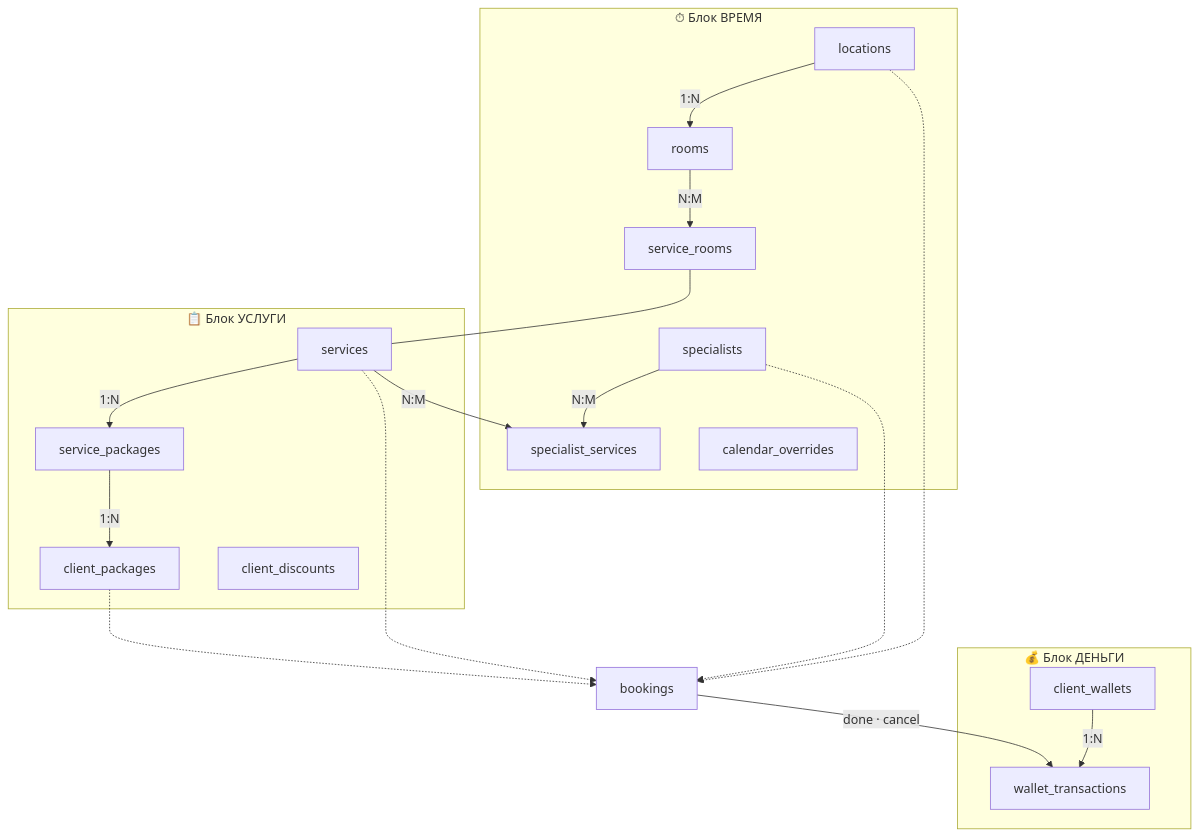
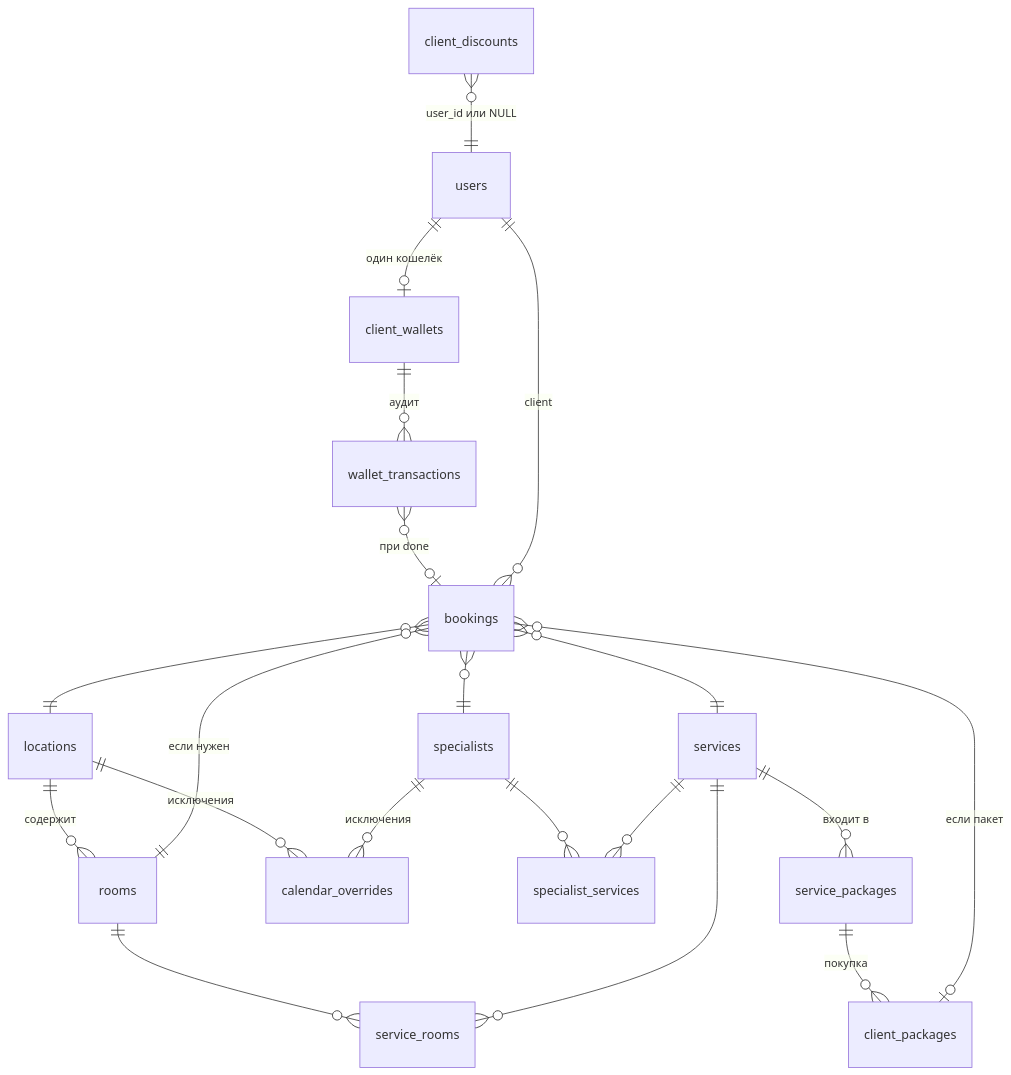
Before and after one commit to lottoprof/booking: the second of 2 diagrams in docs/contract.md, drawn with Mermaid. The commit also changed other lines of this file, not shown here.

````diff
--- a/docs/contract.md
+++ b/docs/contract.md
@@ -190,30 +202,29 @@
 ```mermaid
-flowchart TB
-  subgraph TIME ["⏱ Блок ВРЕМЯ"]
-    locations -- "1:N" --> rooms
-    rooms -- "N:M" --> service_rooms
-    specialists -- "N:M" --> specialist_services
-    calendar_overrides
-  end
+erDiagram
+  %% Блок ВРЕМЯ
+  locations ||--o{ rooms : "содержит"
+  locations ||--o{ calendar_overrides : "исключения"
+  rooms ||--o{ service_rooms : ""
+  specialists ||--o{ specialist_services : ""
+  specialists ||--o{ calendar_overrides : "исключения"
 
-  subgraph SVC ["📋 Блок УСЛУГИ"]
-    services -- "N:M" --> specialist_services
-    services -- "1:N" --> service_packages
-    service_packages -- "1:N" --> client_packages
-    client_discounts
-  end
+  %% Блок УСЛУГИ
+  services ||--o{ service_rooms : ""
+  services ||--o{ specialist_services : ""
+  services ||--o{ service_packages : "входит в"
+  service_packages ||--o{ client_packages : "покупка"
+  client_discounts }o--|| users : "user_id или NULL"
 
-  service_rooms --- services
-  bookings
+  %% Мост
+  bookings }o--|| locations : ""
+  bookings }o--|| specialists : ""
+  bookings }o--|| services : ""
+  bookings }o--|| rooms : "если нужен"
+  bookings }o--|| users : "client"
+  bookings }o--o| client_packages : "если пакет"
 
-  locations -.-> bookings
-  specialists -.-> bookings
-  services -.-> bookings
-  client_packages -.-> bookings
-
-  subgraph MONEY ["💰 Блок ДЕНЬГИ"]
-    client_wallets -- "1:N" --> wallet_transactions
-  end
-
-  bookings -- "done · cancel" --> wallet_transactions
+  %% Блок ДЕНЬГИ
+  users ||--o| client_wallets : "один кошелёк"
+  client_wallets ||--o{ wallet_transactions : "аудит"
+  wallet_transactions }o--o| bookings : "при done"
 ```
````
